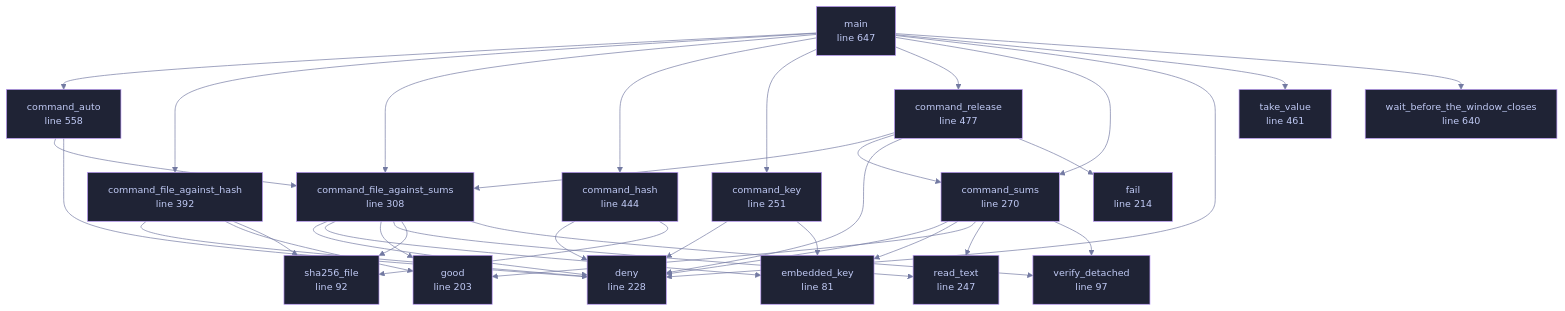
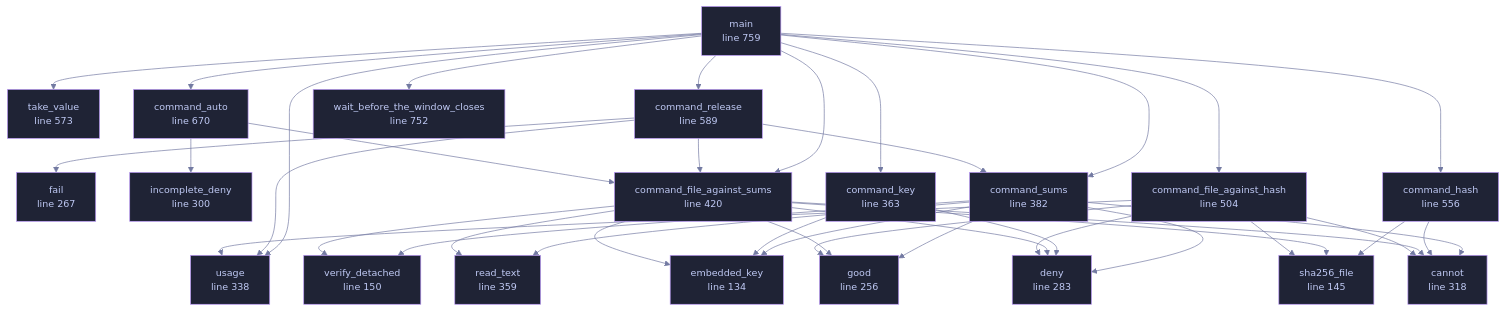
The diagram in docs/files/veilvoice-verify/main.md (tilas01/veilvoice), drawn with Mermaid before and after one commit. The commit also changed other lines of this file and 26 other files, not shown here.

````diff
--- a/docs/files/veilvoice-verify/main.md
+++ b/docs/files/veilvoice-verify/main.md
@@ -99,42 +99,49 @@
 ```mermaid
 %%{init: {"theme":"base","themeVariables":{"background":"#1a1b26","primaryColor":"#1f2335","primaryTextColor":"#c0caf5","primaryBorderColor":"#7aa2f7","secondaryColor":"#16161e","tertiaryColor":"#16161e","lineColor":"#737aa2","textColor":"#c0caf5","mainBkg":"#1f2335","nodeBorder":"#7aa2f7","clusterBkg":"#16161e","clusterBorder":"#2f3549","fontFamily":"ui-monospace, SFMono-Regular, Consolas, monospace","fontSize":"14px"}}}%%
 flowchart TD
-    n_embedded_key["embedded_key<br/>line 81"]
-    n_sha256_file["sha256_file<br/>line 92"]
-    n_verify_detached["verify_detached<br/>line 97"]
-    n_good["good<br/>line 203"]
-    n_fail["fail<br/>line 214"]
-    n_deny["deny<br/>line 228"]
-    n_read_text["read_text<br/>line 247"]
-    n_command_key["command_key<br/>line 251"]
-    n_command_sums["command_sums<br/>line 270"]
-    n_command_file_against_sums["command_file_against_sums<br/>line 308"]
-    n_command_file_against_hash["command_file_against_hash<br/>line 392"]
-    n_command_hash["command_hash<br/>line 444"]
-    n_take_value["take_value<br/>line 461"]
-    n_command_release["command_release<br/>line 477"]
-    n_command_auto["command_auto<br/>line 558"]
-    n_wait_before_the_window_closes["wait_before_the_window_closes<br/>line 640"]
-    n_main["main<br/>line 647"]
+    n_embedded_key["embedded_key<br/>line 134"]
+    n_sha256_file["sha256_file<br/>line 145"]
+    n_verify_detached["verify_detached<br/>line 150"]
+    n_good["good<br/>line 256"]
+    n_fail["fail<br/>line 267"]
+    n_deny["deny<br/>line 283"]
+    n_incomplete_deny["incomplete_deny<br/>line 300"]
+    n_cannot["cannot<br/>line 318"]
+    n_usage["usage<br/>line 338"]
+    n_read_text["read_text<br/>line 359"]
+    n_command_key["command_key<br/>line 363"]
+    n_command_sums["command_sums<br/>line 382"]
+    n_command_file_against_sums["command_file_against_sums<br/>line 420"]
+    n_command_file_against_hash["command_file_against_hash<br/>line 504"]
+    n_command_hash["command_hash<br/>line 556"]
+    n_take_value["take_value<br/>line 573"]
+    n_command_release["command_release<br/>line 589"]
+    n_command_auto["command_auto<br/>line 670"]
+    n_wait_before_the_window_closes["wait_before_the_window_closes<br/>line 752"]
+    n_main["main<br/>line 759"]
     n_command_auto --> n_command_file_against_sums
-    n_command_auto --> n_deny
+    n_command_auto --> n_incomplete_deny
+    n_command_file_against_hash --> n_cannot
     n_command_file_against_hash --> n_deny
     n_command_file_against_hash --> n_good
     n_command_file_against_hash --> n_sha256_file
+    n_command_file_against_hash --> n_usage
+    n_command_file_against_sums --> n_cannot
     n_command_file_against_sums --> n_deny
     n_command_file_against_sums --> n_embedded_key
     n_command_file_against_sums --> n_good
     n_command_file_against_sums --> n_read_text
     n_command_file_against_sums --> n_sha256_file
     n_command_file_against_sums --> n_verify_detached
-    n_command_hash --> n_deny
+    n_command_hash --> n_cannot
     n_command_hash --> n_sha256_file
     n_command_key --> n_deny
     n_command_key --> n_embedded_key
     n_command_release --> n_command_file_against_sums
     n_command_release --> n_command_sums
-    n_command_release --> n_deny
     n_command_release --> n_fail
+    n_command_release --> n_usage
+    n_command_sums --> n_cannot
     n_command_sums --> n_deny
     n_command_sums --> n_embedded_key
     n_command_sums --> n_good
@@ -147,26 +154,29 @@
     n_main --> n_command_key
     n_main --> n_command_release
     n_main --> n_command_sums
-    n_main --> n_deny
     n_main --> n_take_value
+    n_main --> n_usage
     n_main --> n_wait_before_the_window_closes
-    click n_embedded_key href "https://github.com/tilas01/veilvoice/blob/main/crates/veilvoice-verify/src/main.rs#L81" "open the source"
-    click n_sha256_file href "https://github.com/tilas01/veilvoice/blob/main/crates/veilvoice-verify/src/main.rs#L92" "open the source"
-    click n_verify_detached href "https://github.com/tilas01/veilvoice/blob/main/crates/veilvoice-verify/src/main.rs#L97" "open the source"
-    click n_good href "https://github.com/tilas01/veilvoice/blob/main/crates/veilvoice-verify/src/main.rs#L203" "open the source"
-    click n_fail href "https://github.com/tilas01/veilvoice/blob/main/crates/veilvoice-verify/src/main.rs#L214" "open the source"
-    click n_deny href "https://github.com/tilas01/veilvoice/blob/main/crates/veilvoice-verify/src/main.rs#L228" "open the source"
-    click n_read_text href "https://github.com/tilas01/veilvoice/blob/main/crates/veilvoice-verify/src/main.rs#L247" "open the source"
-    click n_command_key href "https://github.com/tilas01/veilvoice/blob/main/crates/veilvoice-verify/src/main.rs#L251" "open the source"
-    click n_command_sums href "https://github.com/tilas01/veilvoice/blob/main/crates/veilvoice-verify/src/main.rs#L270" "open the source"
-    click n_command_file_against_sums href "https://github.com/tilas01/veilvoice/blob/main/crates/veilvoice-verify/src/main.rs#L308" "open the source"
-    click n_command_file_against_hash href "https://github.com/tilas01/veilvoice/blob/main/crates/veilvoice-verify/src/main.rs#L392" "open the source"
-    click n_command_hash href "https://github.com/tilas01/veilvoice/blob/main/crates/veilvoice-verify/src/main.rs#L444" "open the source"
-    click n_take_value href "https://github.com/tilas01/veilvoice/blob/main/crates/veilvoice-verify/src/main.rs#L461" "open the source"
-    click n_command_release href "https://github.com/tilas01/veilvoice/blob/main/crates/veilvoice-verify/src/main.rs#L477" "open the source"
-    click n_command_auto href "https://github.com/tilas01/veilvoice/blob/main/crates/veilvoice-verify/src/main.rs#L558" "open the source"
-    click n_wait_before_the_window_closes href "https://github.com/tilas01/veilvoice/blob/main/crates/veilvoice-verify/src/main.rs#L640" "open the source"
-    click n_main href "https://github.com/tilas01/veilvoice/blob/main/crates/veilvoice-verify/src/main.rs#L647" "open the source"
+    click n_embedded_key href "https://github.com/tilas01/veilvoice/blob/main/crates/veilvoice-verify/src/main.rs#L134" "open the source"
+    click n_sha256_file href "https://github.com/tilas01/veilvoice/blob/main/crates/veilvoice-verify/src/main.rs#L145" "open the source"
+    click n_verify_detached href "https://github.com/tilas01/veilvoice/blob/main/crates/veilvoice-verify/src/main.rs#L150" "open the source"
+    click n_good href "https://github.com/tilas01/veilvoice/blob/main/crates/veilvoice-verify/src/main.rs#L256" "open the source"
+    click n_fail href "https://github.com/tilas01/veilvoice/blob/main/crates/veilvoice-verify/src/main.rs#L267" "open the source"
+    click n_deny href "https://github.com/tilas01/veilvoice/blob/main/crates/veilvoice-verify/src/main.rs#L283" "open the source"
+    click n_incomplete_deny href "https://github.com/tilas01/veilvoice/blob/main/crates/veilvoice-verify/src/main.rs#L300" "open the source"
+    click n_cannot href "https://github.com/tilas01/veilvoice/blob/main/crates/veilvoice-verify/src/main.rs#L318" "open the source"
+    click n_usage href "https://github.com/tilas01/veilvoice/blob/main/crates/veilvoice-verify/src/main.rs#L338" "open the source"
+    click n_read_text href "https://github.com/tilas01/veilvoice/blob/main/crates/veilvoice-verify/src/main.rs#L359" "open the source"
+    click n_command_key href "https://github.com/tilas01/veilvoice/blob/main/crates/veilvoice-verify/src/main.rs#L363" "open the source"
+    click n_command_sums href "https://github.com/tilas01/veilvoice/blob/main/crates/veilvoice-verify/src/main.rs#L382" "open the source"
+    click n_command_file_against_sums href "https://github.com/tilas01/veilvoice/blob/main/crates/veilvoice-verify/src/main.rs#L420" "open the source"
+    click n_command_file_against_hash href "https://github.com/tilas01/veilvoice/blob/main/crates/veilvoice-verify/src/main.rs#L504" "open the source"
+    click n_command_hash href "https://github.com/tilas01/veilvoice/blob/main/crates/veilvoice-verify/src/main.rs#L556" "open the source"
+    click n_take_value href "https://github.com/tilas01/veilvoice/blob/main/crates/veilvoice-verify/src/main.rs#L573" "open the source"
+    click n_command_release href "https://github.com/tilas01/veilvoice/blob/main/crates/veilvoice-verify/src/main.rs#L589" "open the source"
+    click n_command_auto href "https://github.com/tilas01/veilvoice/blob/main/crates/veilvoice-verify/src/main.rs#L670" "open the source"
+    click n_wait_before_the_window_closes href "https://github.com/tilas01/veilvoice/blob/main/crates/veilvoice-verify/src/main.rs#L752" "open the source"
+    click n_main href "https://github.com/tilas01/veilvoice/blob/main/crates/veilvoice-verify/src/main.rs#L759" "open the source"
     classDef helper fill:#1f2335,stroke:#bb9af7,color:#c0caf5
-    class n_embedded_key,n_sha256_file,n_verify_detached,n_good,n_fail,n_deny,n_read_text,n_command_key,n_command_sums,n_command_file_against_sums,n_command_file_against_hash,n_command_hash,n_take_value,n_command_release,n_command_auto,n_wait_before_the_window_closes,n_main helper
+    class n_embedded_key,n_sha256_file,n_verify_detached,n_good,n_fail,n_deny,n_incomplete_deny,n_cannot,n_usage,n_read_text,n_command_key,n_command_sums,n_command_file_against_sums,n_command_file_against_hash,n_command_hash,n_take_value,n_command_release,n_command_auto,n_wait_before_the_window_closes,n_main helper
 ```
````
